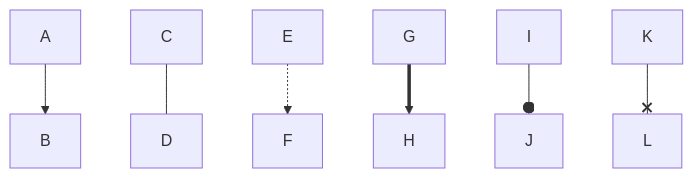
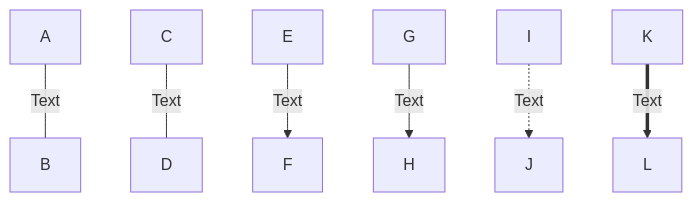
One commit to dfdxAlex/pattern changed the diagram in PHP/CreationalPatterns/SimpleFactory/README.md. Above: the diagram before and after it, drawn with Mermaid.

Commit message:
add readme for simplefactory

````diff
--- a/PHP/CreationalPatterns/SimpleFactory/README.md
+++ b/PHP/CreationalPatterns/SimpleFactory/README.md
@@ -1,12 +1,12 @@
 ```mermaid
 
 
   flowchart TB
-     А --> B
-     C --- D
-     E -.-> F
-     G ==> H
-     I --o J
-     K --x L
+      A -- Text --- B
+      C --- |Text| D
+      E --> |Text| F
+      G -- Text --> H
+      I -. Text .-> J
+      K == Text ==> L
 
 ```
````
